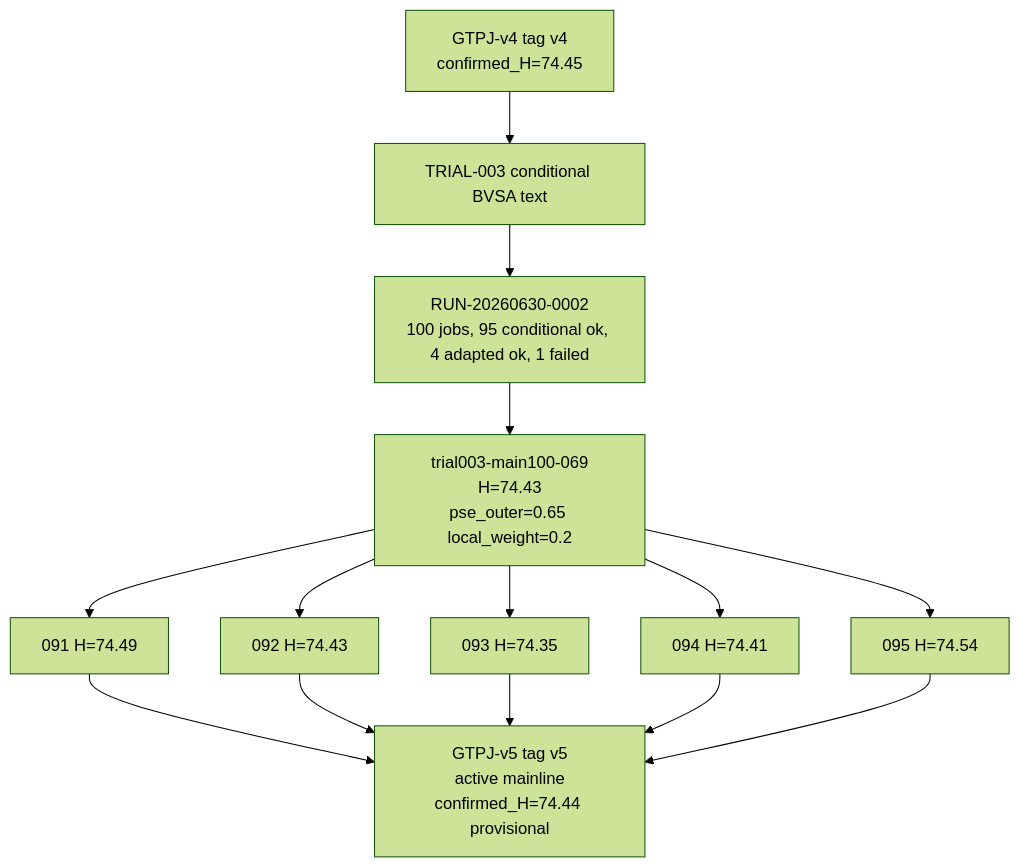
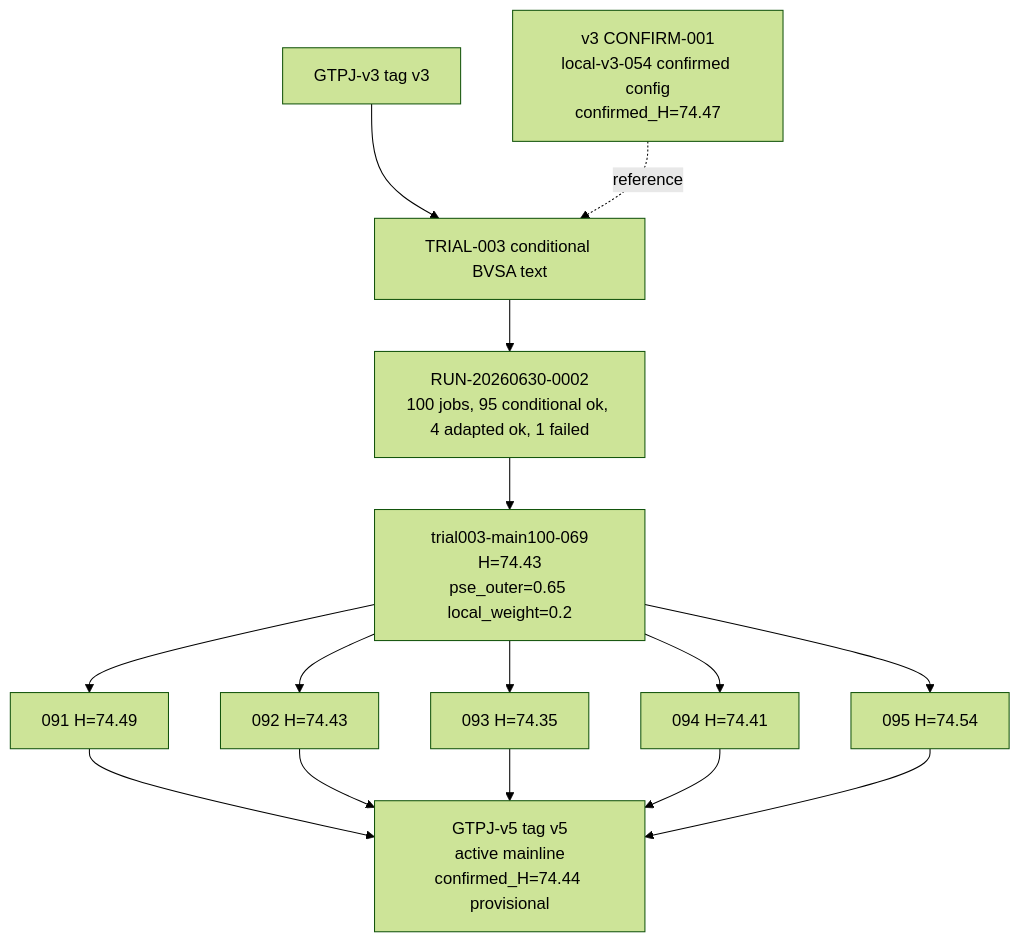
The diagram in experiments/v5/VERSION.md (GetlotMoney/GTPJ), drawn with Mermaid (forest theme) before and after one commit. The commit also changed other lines of this file and 42 other files, not shown here.

````diff
--- a/experiments/v5/VERSION.md
+++ b/experiments/v5/VERSION.md
@@ -86,16 +102,17 @@
 ```mermaid
 flowchart TD
-  V4["GTPJ-v4 tag v4<br/>confirmed_H=74.45"] --> Trial["TRIAL-003 conditional BVSA text"]
+  V3["GTPJ-v3 tag v3"] --> Trial["TRIAL-003 conditional BVSA text"]
+  C1["v3 CONFIRM-001<br/>local-v3-054 confirmed config<br/>confirmed_H=74.47"] -. reference .-> Trial
   Trial --> Batch["RUN-20260630-0002<br/>100 jobs, 95 conditional ok, 4 adapted ok, 1 failed"]
   Batch --> Source["trial003-main100-069<br/>H=74.43<br/>pse_outer=0.65 local_weight=0.2"]
   Source --> R91["091 H=74.49"]
   Source --> R92["092 H=74.43"]
   Source --> R93["093 H=74.35"]
   Source --> R94["094 H=74.41"]
   Source --> R95["095 H=74.54"]
   R91 --> V5["GTPJ-v5 tag v5<br/>active mainline<br/>confirmed_H=74.44 provisional"]
   R92 --> V5
   R93 --> V5
   R94 --> V5
   R95 --> V5
 ```
````
